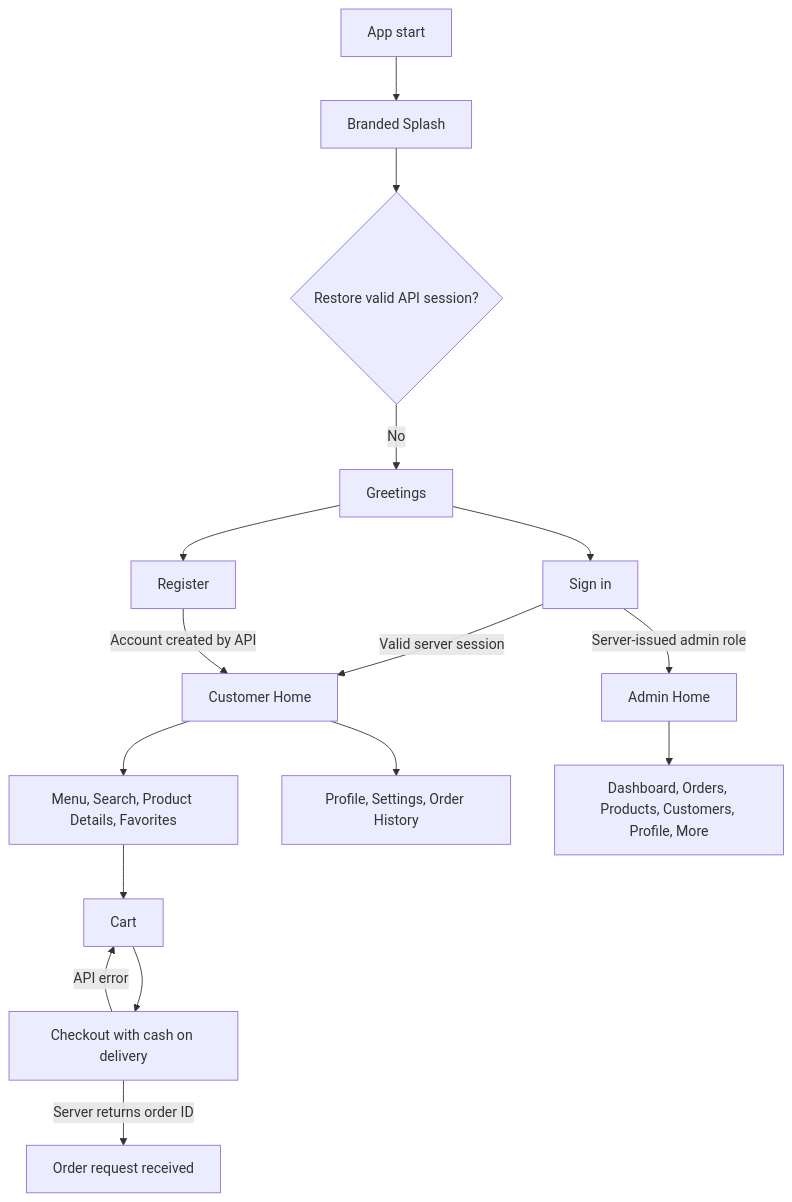
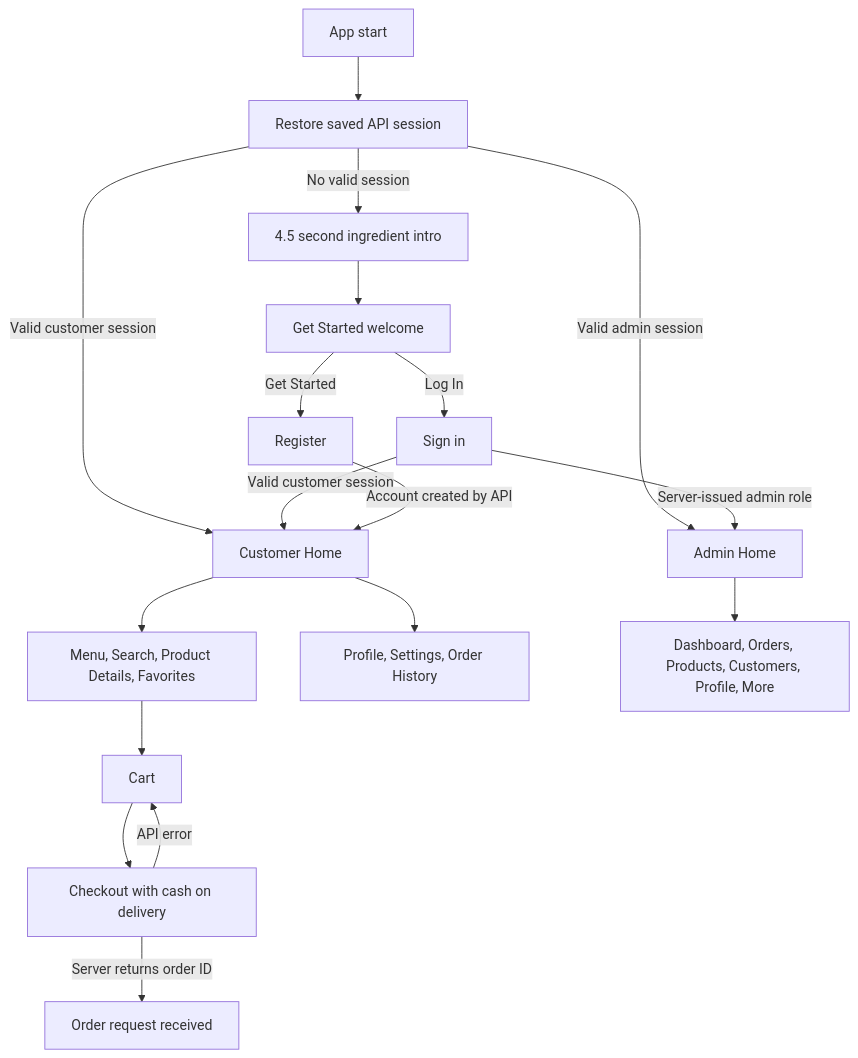
One commit to EARL146/app- changed the diagram in docs/SCREEN_FLOW.md. Above: the diagram before and after it, drawn with Mermaid. The commit also changed other lines of this file and 79 other files, not shown here.

````diff
--- a/docs/SCREEN_FLOW.md
+++ b/docs/SCREEN_FLOW.md
@@ -5,18 +5,20 @@
 ```mermaid
 flowchart TD
-    A[App start] --> B[Branded Splash]
-    B --> C{Restore valid API session?}
-    C -->|No| D[Greetings]
-    D --> E[Sign in]
-    D --> F[Register]
-    E -->|Valid server session| G[Customer Home]
-    E -->|Server-issued admin role| H[Admin Home]
+    A[App start] --> B[Restore saved API session]
+    B -->|Valid customer session| G[Customer Home]
+    B -->|Valid admin session| H[Admin Home]
+    B -->|No valid session| C[4.5 second ingredient intro]
+    C --> D[Get Started welcome]
+    D -->|Get Started| F[Register]
+    D -->|Log In| E[Sign in]
+    E -->|Valid customer session| G
+    E -->|Server-issued admin role| H
     F -->|Account created by API| G
     G --> I[Menu, Search, Product Details, Favorites]
     I --> J[Cart]
     J --> K[Checkout with cash on delivery]
     K -->|Server returns order ID| L[Order request received]
     K -->|API error| J
     G --> M[Profile, Settings, Order History]
     H --> N[Dashboard, Orders, Products, Customers, Profile, More]
 ```
````
